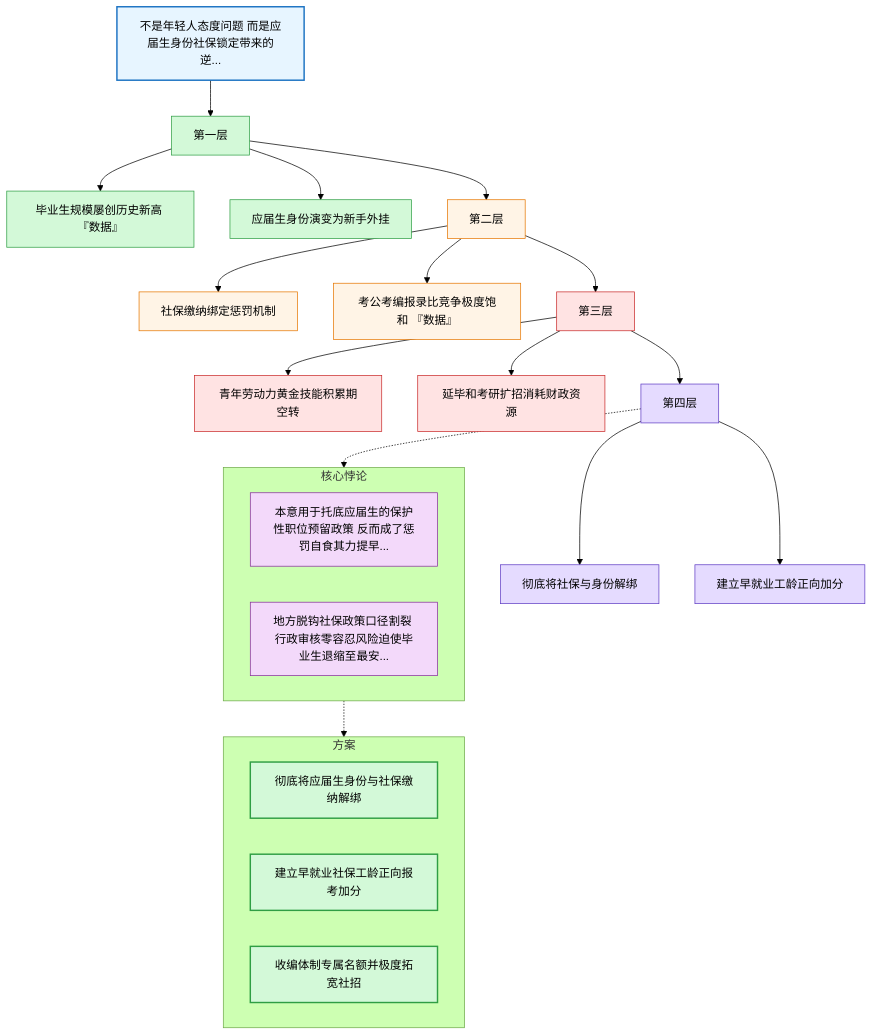
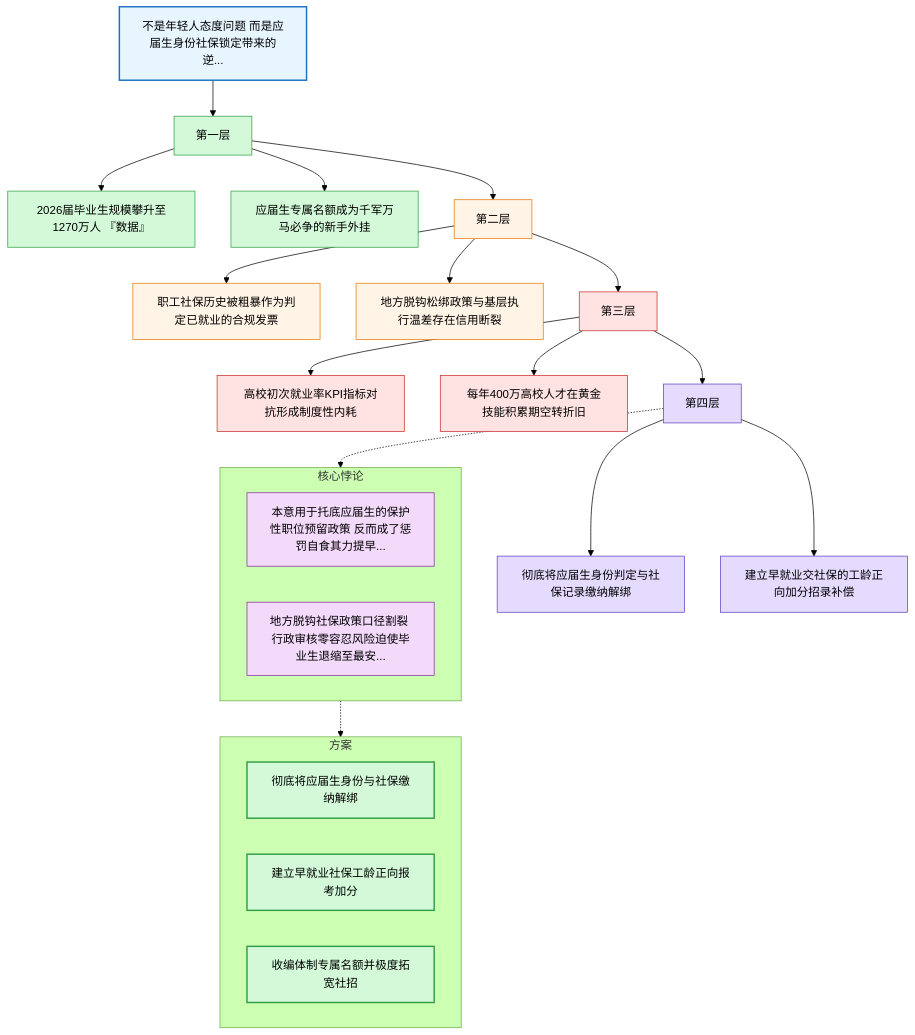
Before and after one commit to 1902435792/bednews: the diagram in output/大学生就业与应届生身份悬空_论证链条.md, drawn with Mermaid (forest theme). The commit also changed 3 other files, not shown here.

````diff
--- a/output/大学生就业与应届生身份悬空_论证链条.md
+++ b/output/大学生就业与应届生身份悬空_论证链条.md
@@ -3,58 +3,58 @@
 ```mermaid
 graph TB
     %% 《睡前消息》论证链条可视化
     %% 议题: 大学生就业与应届生身份悬空
-    %% 生成时间: 2026-05-19 03:32
+    %% 生成时间: 2026-05-19 03:38
     
     %% 样式定义
     classDef core fill:#e7f5ff,stroke:#1971c2,stroke-width:2px
     classDef layer1 fill:#d3f9d8,stroke:#2f9e44
     classDef layer2 fill:#fff4e6,stroke:#e67700
     classDef layer3 fill:#ffe3e3,stroke:#c92a2a
     classDef layer4 fill:#e5dbff,stroke:#5f3dc4
     classDef layer5 fill:#c5f6fa,stroke:#0c8599
     classDef paradox fill:#f3d9fa,stroke:#862e9c
     classDef solution fill:#d3f9d8,stroke:#2f9e44,stroke-width:2px
     
     %% 核心定义
     Core[不是年轻人态度问题 而是应届生身份社保锁定带来的逆...]:::core
     L1[第一层]:::layer1
     Core --> L1
-    P11[毕业生规模屡创历史新高 『数据』]:::layer1
+    P11[2026届毕业生规模攀升至1270万人 『数据』]:::layer1
     L1 --> P11
-    P12[应届生身份演变为新手外挂]:::layer1
+    P12[应届生专属名额成为千军万马必争的新手外挂]:::layer1
     L1 --> P12
     L2[第二层]:::layer2
     L1 --> L2
-    P21[社保缴纳绑定惩罚机制]:::layer2
+    P21[职工社保历史被粗暴作为判定已就业的合规发票]:::layer2
     L2 --> P21
-    P22[考公考编报录比竞争极度饱和 『数据』]:::layer2
+    P22[地方脱钩松绑政策与基层执行温差存在信用断裂]:::layer2
     L2 --> P22
     L3[第三层]:::layer3
     L2 --> L3
-    P31[青年劳动力黄金技能积累期空转]:::layer3
+    P31[高校初次就业率KPI指标对抗形成制度性内耗]:::layer3
     L3 --> P31
-    P32[延毕和考研扩招消耗财政资源]:::layer3
+    P32[每年400万高校人才在黄金技能积累期空转折旧]:::layer3
     L3 --> P32
     L4[第四层]:::layer4
     L3 --> L4
-    P41[彻底将社保与身份解绑]:::layer4
+    P41[彻底将应届生身份判定与社保记录缴纳解绑]:::layer4
     L4 --> P41
-    P42[建立早就业工龄正向加分]:::layer4
+    P42[建立早就业交社保的工龄正向加分招录补偿]:::layer4
     L4 --> P42
 
     %% 核心悖论
     subgraph paradox[核心悖论]
         Paradox1[本意用于托底应届生的保护性职位预留政策 反而成了惩罚自食其力提早...]:::paradox
         Paradox2[地方脱钩社保政策口径割裂 行政审核零容忍风险迫使毕业生退缩至最安...]:::paradox
     end
     L4 -.-> paradox
 
     %% 方案钩子
     subgraph solutions[方案]
         Sol1[彻底将应届生身份与社保缴纳解绑]:::solution
         Sol2[建立早就业社保工龄正向报考加分]:::solution
         Sol3[收编体制专属名额并极度拓宽社招]:::solution
     end
     paradox -.-> solutions
 ```
````
